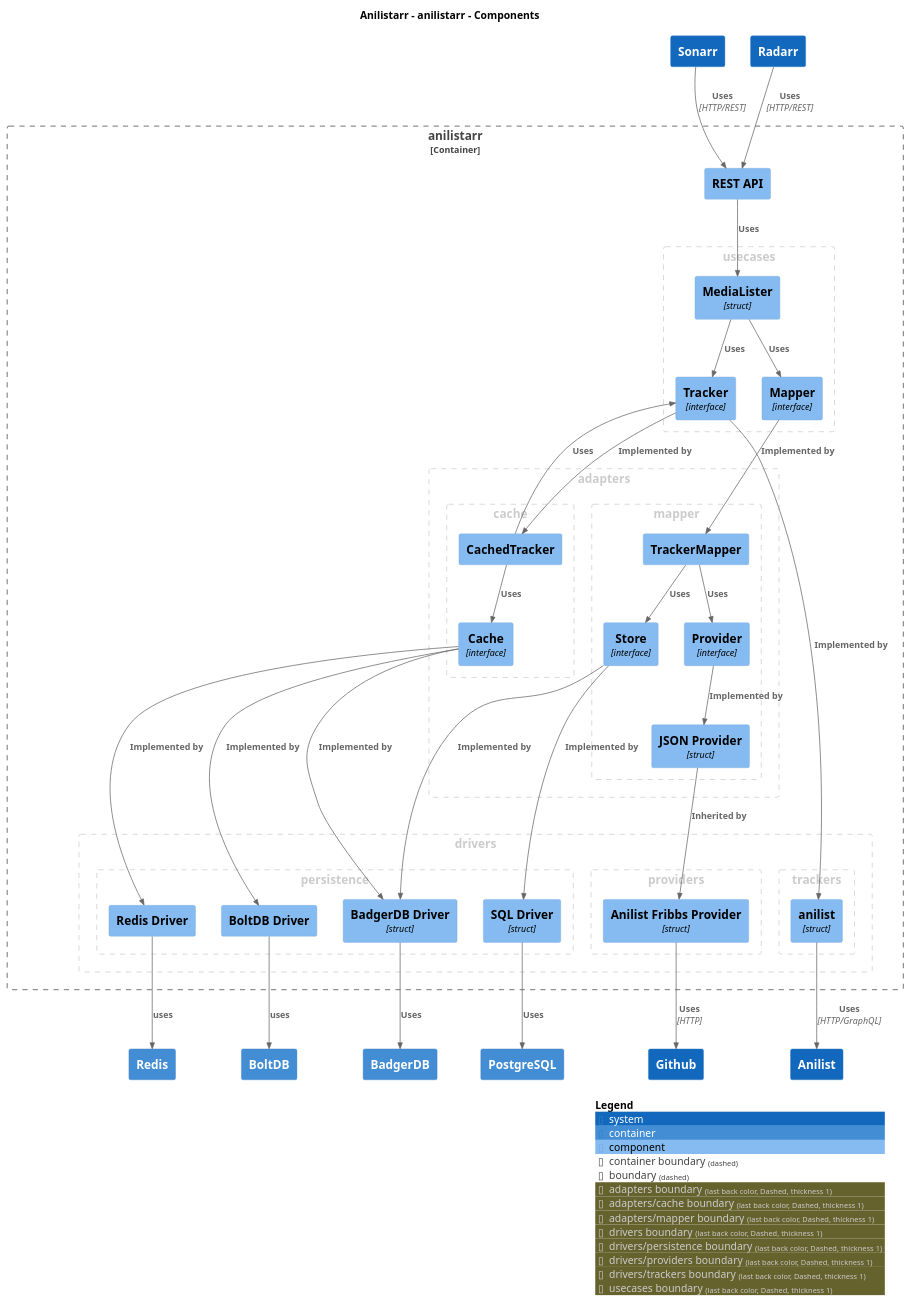
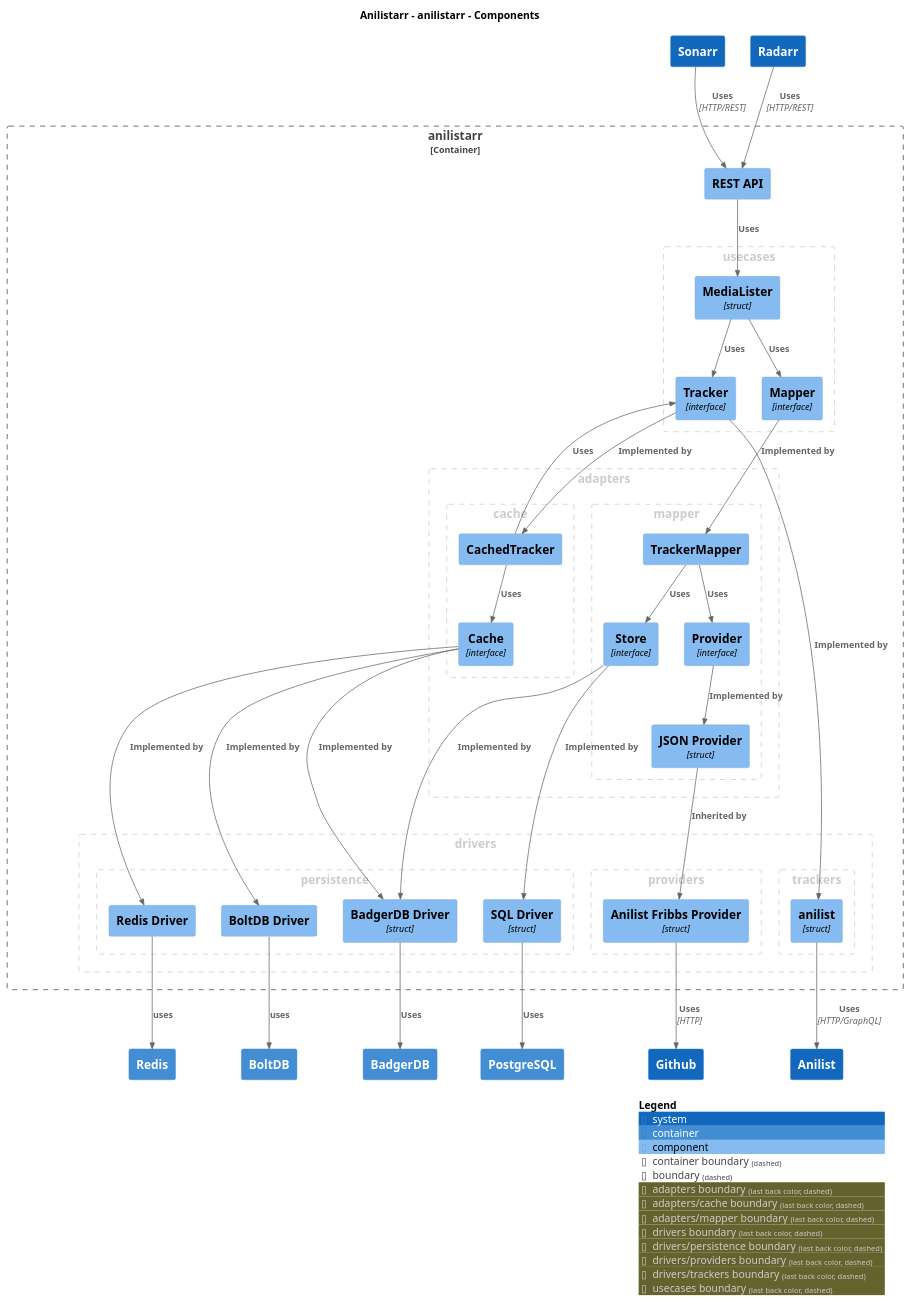
One commit to wwmoraes/anilistarr changed the diagram in docs/structurizr-Component-001.puml. Above: the diagram before and after it, drawn with PlantUML.

Commit message:
docs: updated diagrams

```diff
--- a/docs/structurizr-Component-001.puml
+++ b/docs/structurizr-Component-001.puml
@@ -1,99 +1,99 @@
 @startuml
 set separator none
 title Anilistarr - anilistarr - Components
 
 top to bottom direction
 
 !include <C4/C4>
 !include <C4/C4_Context>
 !include <C4/C4_Container>
 !include <C4/C4_Component>
 
 System(Anilist, "Anilist", $descr="", $tags="", $link="")
 System(Github, "Github", $descr="", $tags="", $link="")
 Container(Anilistarr.Redis, "Redis", $techn="", $descr="", $tags="", $link="")
 Container(Anilistarr.BoltDB, "BoltDB", $techn="", $descr="", $tags="", $link="")
 Container(Anilistarr.BadgerDB, "BadgerDB", $techn="", $descr="", $tags="", $link="")
 Container(Anilistarr.PostgreSQL, "PostgreSQL", $techn="", $descr="", $tags="", $link="")
 System(Sonarr, "Sonarr", $descr="", $tags="", $link="")
 System(Radarr, "Radarr", $descr="", $tags="", $link="")
 
 Container_Boundary("Anilistarr.anilistarr_boundary", "anilistarr", $tags="") {
-  AddBoundaryTag("adapters", $borderColor="#cccccc", $fontColor="#cccccc", $borderStyle="Dashed", $borderThickness="1")
+  AddBoundaryTag("adapters", $borderColor="#cccccc", $fontColor="#cccccc", $borderStyle="dashed")
   Boundary(group_1, "adapters", $tags="adapters") {
-      AddBoundaryTag("adapters/cache", $borderColor="#cccccc", $fontColor="#cccccc", $borderStyle="Dashed", $borderThickness="1")
+      AddBoundaryTag("adapters/cache", $borderColor="#cccccc", $fontColor="#cccccc", $borderStyle="dashed")
       Boundary(group_2, "cache", $tags="adapters/cache") {
         Component(Anilistarr.anilistarr.Cache, "Cache", $techn="interface", $descr="", $tags="", $link="")
         Component(Anilistarr.anilistarr.CachedTracker, "CachedTracker", $techn="", $descr="", $tags="", $link="")
       }
 
-      AddBoundaryTag("adapters/mapper", $borderColor="#cccccc", $fontColor="#cccccc", $borderStyle="Dashed", $borderThickness="1")
+      AddBoundaryTag("adapters/mapper", $borderColor="#cccccc", $fontColor="#cccccc", $borderStyle="dashed")
       Boundary(group_3, "mapper", $tags="adapters/mapper") {
         Component(Anilistarr.anilistarr.JSONProvider, "JSON Provider", $techn="struct", $descr="", $tags="", $link="")
         Component(Anilistarr.anilistarr.Provider, "Provider", $techn="interface", $descr="", $tags="", $link="")
         Component(Anilistarr.anilistarr.Store, "Store", $techn="interface", $descr="", $tags="", $link="")
         Component(Anilistarr.anilistarr.TrackerMapper, "TrackerMapper", $techn="", $descr="", $tags="", $link="")
       }
 
   }
 
-  AddBoundaryTag("drivers", $borderColor="#cccccc", $fontColor="#cccccc", $borderStyle="Dashed", $borderThickness="1")
+  AddBoundaryTag("drivers", $borderColor="#cccccc", $fontColor="#cccccc", $borderStyle="dashed")
   Boundary(group_4, "drivers", $tags="drivers") {
-      AddBoundaryTag("drivers/persistence", $borderColor="#cccccc", $fontColor="#cccccc", $borderStyle="Dashed", $borderThickness="1")
+      AddBoundaryTag("drivers/persistence", $borderColor="#cccccc", $fontColor="#cccccc", $borderStyle="dashed")
       Boundary(group_5, "persistence", $tags="drivers/persistence") {
         Component(Anilistarr.anilistarr.RedisDriver, "Redis Driver", $techn="", $descr="", $tags="", $link="")
         Component(Anilistarr.anilistarr.BoltDBDriver, "BoltDB Driver", $techn="", $descr="", $tags="", $link="")
         Component(Anilistarr.anilistarr.BadgerDBDriver, "BadgerDB Driver", $techn="struct", $descr="", $tags="", $link="")
         Component(Anilistarr.anilistarr.SQLDriver, "SQL Driver", $techn="struct", $descr="", $tags="", $link="")
       }
 
-      AddBoundaryTag("drivers/providers", $borderColor="#cccccc", $fontColor="#cccccc", $borderStyle="Dashed", $borderThickness="1")
+      AddBoundaryTag("drivers/providers", $borderColor="#cccccc", $fontColor="#cccccc", $borderStyle="dashed")
       Boundary(group_6, "providers", $tags="drivers/providers") {
         Component(Anilistarr.anilistarr.AnilistFribbsProvider, "Anilist Fribbs Provider", $techn="struct", $descr="", $tags="", $link="")
       }
 
-      AddBoundaryTag("drivers/trackers", $borderColor="#cccccc", $fontColor="#cccccc", $borderStyle="Dashed", $borderThickness="1")
+      AddBoundaryTag("drivers/trackers", $borderColor="#cccccc", $fontColor="#cccccc", $borderStyle="dashed")
       Boundary(group_7, "trackers", $tags="drivers/trackers") {
         Component(Anilistarr.anilistarr.anilist, "anilist", $techn="struct", $descr="", $tags="", $link="")
       }
 
   }
 
-  AddBoundaryTag("usecases", $borderColor="#cccccc", $fontColor="#cccccc", $borderStyle="Dashed", $borderThickness="1")
+  AddBoundaryTag("usecases", $borderColor="#cccccc", $fontColor="#cccccc", $borderStyle="dashed")
   Boundary(group_8, "usecases", $tags="usecases") {
     Component(Anilistarr.anilistarr.Tracker, "Tracker", $techn="interface", $descr="", $tags="", $link="")
     Component(Anilistarr.anilistarr.Mapper, "Mapper", $techn="interface", $descr="", $tags="", $link="")
     Component(Anilistarr.anilistarr.MediaLister, "MediaLister", $techn="struct", $descr="", $tags="", $link="")
   }
 
   Component(Anilistarr.anilistarr.RESTAPI, "REST API", $techn="", $descr="", $tags="", $link="")
 }
 
 Rel(Anilistarr.anilistarr.anilist, Anilist, "Uses", $techn="HTTP/GraphQL", $tags="", $link="")
 Rel(Anilistarr.anilistarr.RedisDriver, Anilistarr.Redis, "uses", $techn="", $tags="", $link="")
 Rel(Anilistarr.anilistarr.BoltDBDriver, Anilistarr.BoltDB, "uses", $techn="", $tags="", $link="")
 Rel(Anilistarr.anilistarr.BadgerDBDriver, Anilistarr.BadgerDB, "Uses", $techn="", $tags="", $link="")
 Rel(Anilistarr.anilistarr.SQLDriver, Anilistarr.PostgreSQL, "Uses", $techn="", $tags="", $link="")
 Rel(Anilistarr.anilistarr.AnilistFribbsProvider, Github, "Uses", $techn="HTTP", $tags="", $link="")
 Rel(Anilistarr.anilistarr.JSONProvider, Anilistarr.anilistarr.AnilistFribbsProvider, "Inherited by", $techn="", $tags="", $link="")
 Rel(Anilistarr.anilistarr.Provider, Anilistarr.anilistarr.JSONProvider, "Implemented by", $techn="", $tags="", $link="")
 Rel(Anilistarr.anilistarr.Store, Anilistarr.anilistarr.BadgerDBDriver, "Implemented by", $techn="", $tags="", $link="")
 Rel(Anilistarr.anilistarr.Store, Anilistarr.anilistarr.SQLDriver, "Implemented by", $techn="", $tags="", $link="")
 Rel(Anilistarr.anilistarr.TrackerMapper, Anilistarr.anilistarr.Store, "Uses", $techn="", $tags="", $link="")
 Rel(Anilistarr.anilistarr.TrackerMapper, Anilistarr.anilistarr.Provider, "Uses", $techn="", $tags="", $link="")
 Rel(Anilistarr.anilistarr.Cache, Anilistarr.anilistarr.RedisDriver, "Implemented by", $techn="", $tags="", $link="")
 Rel(Anilistarr.anilistarr.Cache, Anilistarr.anilistarr.BoltDBDriver, "Implemented by", $techn="", $tags="", $link="")
 Rel(Anilistarr.anilistarr.Cache, Anilistarr.anilistarr.BadgerDBDriver, "Implemented by", $techn="", $tags="", $link="")
 Rel(Anilistarr.anilistarr.CachedTracker, Anilistarr.anilistarr.Cache, "Uses", $techn="", $tags="", $link="")
 Rel(Anilistarr.anilistarr.Tracker, Anilistarr.anilistarr.anilist, "Implemented by", $techn="", $tags="", $link="")
 Rel(Anilistarr.anilistarr.Tracker, Anilistarr.anilistarr.CachedTracker, "Implemented by", $techn="", $tags="", $link="")
 Rel(Anilistarr.anilistarr.CachedTracker, Anilistarr.anilistarr.Tracker, "Uses", $techn="", $tags="", $link="")
 Rel(Anilistarr.anilistarr.Mapper, Anilistarr.anilistarr.TrackerMapper, "Implemented by", $techn="", $tags="", $link="")
 Rel(Anilistarr.anilistarr.MediaLister, Anilistarr.anilistarr.Tracker, "Uses", $techn="", $tags="", $link="")
 Rel(Anilistarr.anilistarr.MediaLister, Anilistarr.anilistarr.Mapper, "Uses", $techn="", $tags="", $link="")
 Rel(Anilistarr.anilistarr.RESTAPI, Anilistarr.anilistarr.MediaLister, "Uses", $techn="", $tags="", $link="")
 Rel(Sonarr, Anilistarr.anilistarr.RESTAPI, "Uses", $techn="HTTP/REST", $tags="", $link="")
 Rel(Radarr, Anilistarr.anilistarr.RESTAPI, "Uses", $techn="HTTP/REST", $tags="", $link="")
 
 SHOW_LEGEND(true)
 @enduml
```
